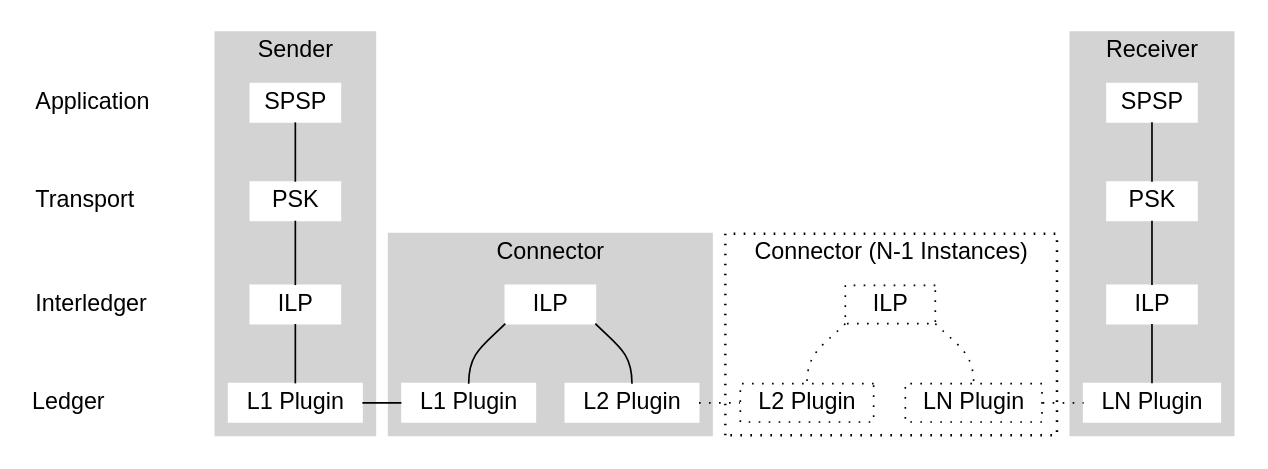
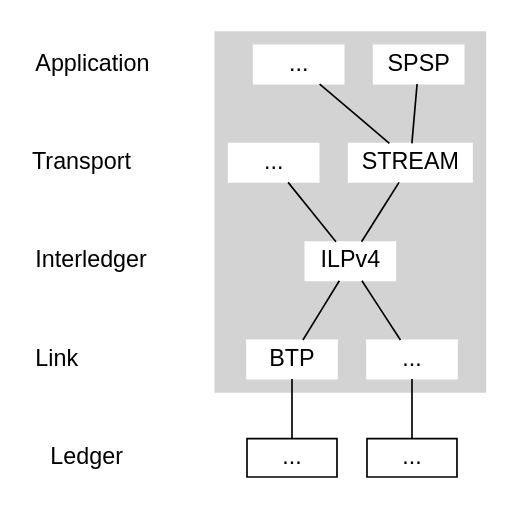
Before and after one commit to interledger/rfcs: the diagram in shared/graphs/protocol-suite.dot, drawn with Graphviz. The commit also changed 8 other files, not shown here.

First line of the commit message:
0001: Update Interledger Architecture for ILPv4 (#485)

```diff
--- a/shared/graphs/protocol-suite.dot
+++ b/shared/graphs/protocol-suite.dot
@@ -1,71 +1,51 @@
 graph G {
   node [shape = box,height=.1,fontname = "helvetica"];
   newrank=true;
 
   app [label="Application\l" shape="plaintext" width=1.5]
   transport [label="Transport\l" shape="plaintext" width=1.5]
   interledger [label="Interledger\l" shape="plaintext" width=1.5]
+  link [label="Link\l" shape="plaintext" width=1.5]
   ledger [label="Ledger\l" shape="plaintext" width=1.5]
 
   subgraph cluster_0 {
     style=filled;
     color=lightgrey;
     node [style=filled,color=white];
+
     app1 [label=SPSP];
-    tr1 [label=PSK];
-    im1 [label="ILP"];
-    lli1 [label="L1 Plugin"];
-    app1 -- tr1 -- im1 -- lli1;
-    label = "Sender";
+    app2 [label="..."]
+    tr1 [label=STREAM];
+    tr2 [label="..."];
+    im1 [label="ILPv4"];
+    link1 [label="BTP"];
+    link2 [label="..."];
+    app1 -- tr1;
+    app2 -- tr1;
+    tr1 -- im1;
+    tr2 -- im1;
+    im1 -- link1;
+    im1 -- link2;
+
     fontname = "helvetica";
   }
 
   subgraph cluster_1 {
     style=filled;
-    color=lightgrey;
-    node [style=filled,color=white];
-    im2 [label="ILP"];
-    lli2[label="L1 Plugin"];
-    lli3 [label="L2 Plugin"];
-    im2:sw -- lli2:n;
-    im2:se -- lli3:n;
-    label = "Connector";
+    color=white;
+
+    ledger1 [label="..."]
+    ledger3 [label="..."]
+
     fontname = "helvetica";
   }
+  link1 -- ledger1;
+  link2 -- ledger3;
 
-  subgraph cluster_2 {
-    style=dotted;
-    color=black;
-    penwidth=1.5;
-    node [style=dotted,color=black];
-    im3 [label="ILP"];
-    lli4[label="L2 Plugin"];
-    lli5 [label="LN Plugin"];
-    im3:sw -- lli4:n [style=dotted];
-    im3:se -- lli5:n [style=dotted];
-    label = "Connector (N-1 Instances)";
-    fontname = "helvetica";
-  }
-
-  subgraph cluster_3 {
-    style=filled;
-    color=lightgrey;
-    node [style=filled,color=white];
-    app2 [label=SPSP];
-    tr2 [label=PSK];
-    im4 [label="ILP"];
-    lli6 [label="LN Plugin"];
-    app2 -- tr2 -- im4 -- lli6;
-    label = "Receiver";
-    fontname = "helvetica";
-  }
-
-  lli1 -- lli2;
-  lli3 -- lli4 [style=dotted];
-  lli5 -- lli6 [style=dotted];
 
   { rank=same; app app1 app2 }
   { rank=same; transport tr1 tr2 }
-  { rank=same; interledger im1 im2 im3 im4 }
-  { rank=same; ledger lli1 lli2 lli3 lli4 lli5 lli6}
+  { rank=same; interledger im1 }
+  { rank=same; link link1 link2 }
+  { rank=same; ledger ledger1 ledger3 }
 }
```
